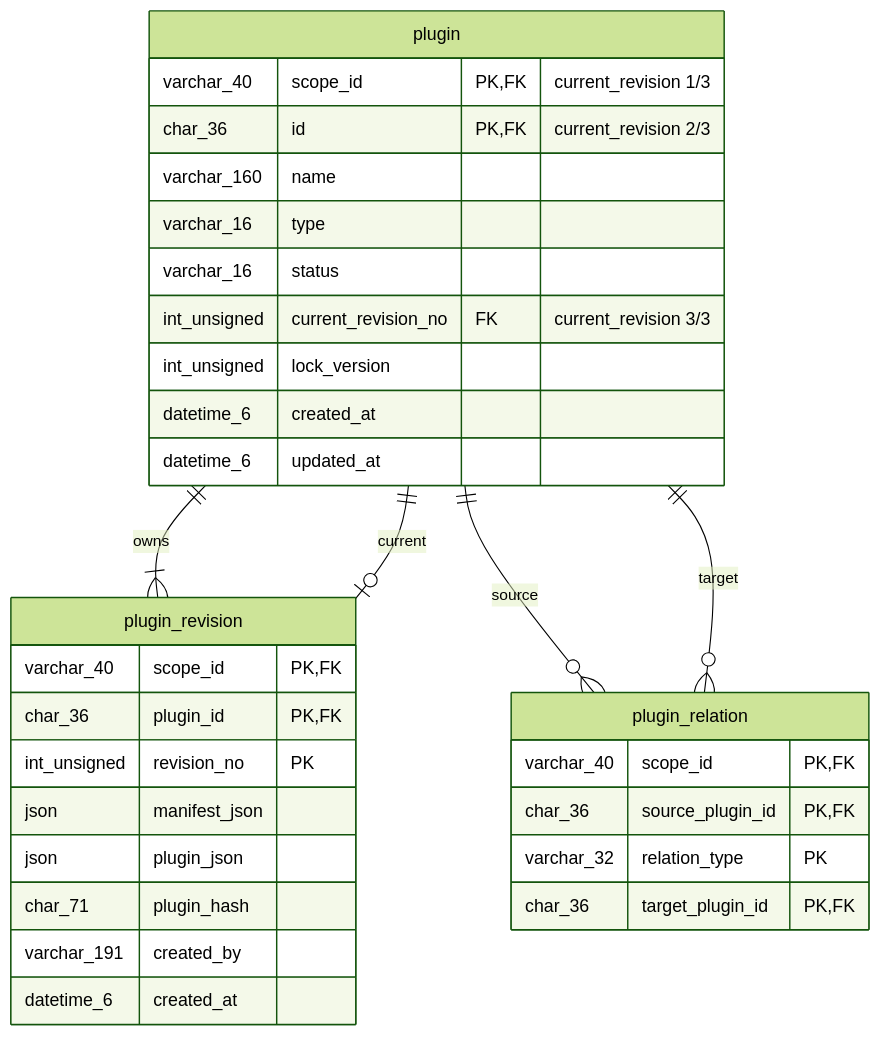
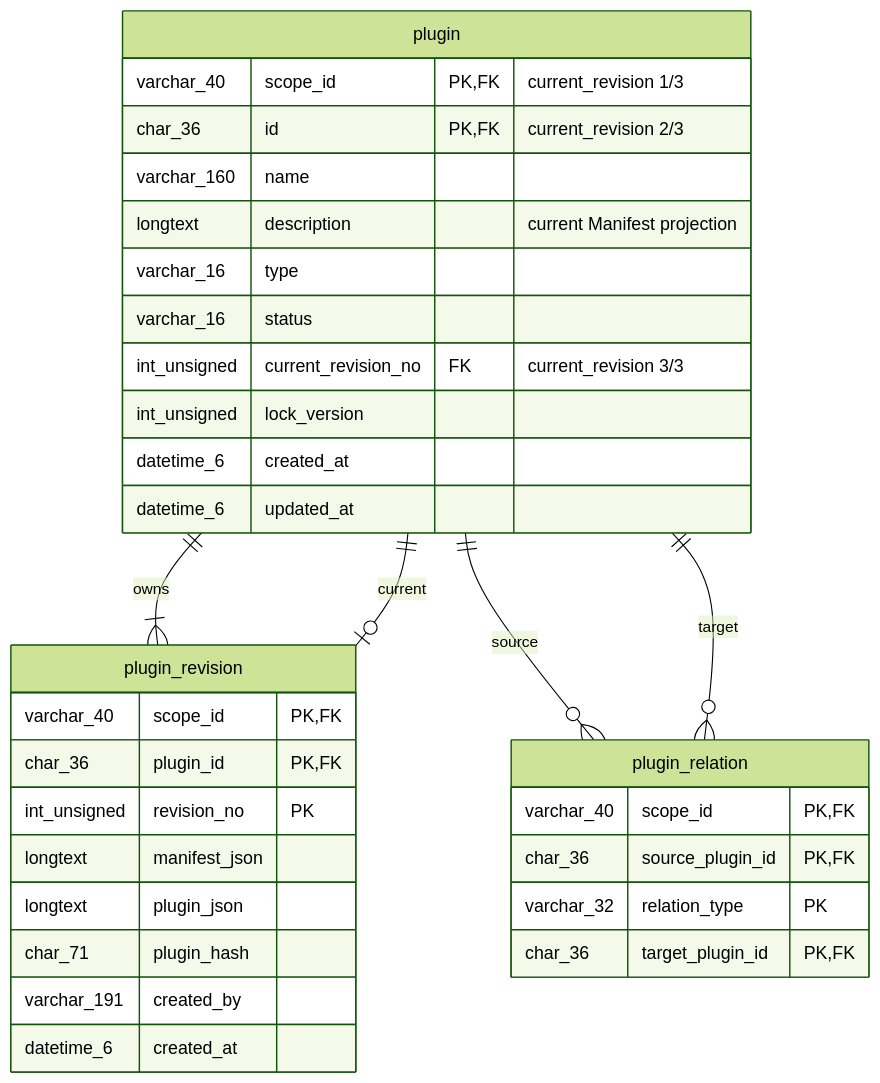
Before and after one commit to Mininglamp-OSS/octo-plugin-lib: the diagram in docs/er.md, drawn with Mermaid (forest theme). The commit also changed other lines of this file and 18 other files, not shown here.

````diff
--- a/docs/er.md
+++ b/docs/er.md
@@ -8,37 +8,38 @@
 ```mermaid
 erDiagram
     plugin ||--|{ plugin_revision : owns
     plugin ||--o| plugin_revision : current
     plugin ||--o{ plugin_relation : source
     plugin ||--o{ plugin_relation : target
 
     plugin {
         varchar_40 scope_id PK,FK "current_revision 1/3"
         char_36 id PK,FK "current_revision 2/3"
         varchar_160 name
+        longtext description "current Manifest projection"
         varchar_16 type
         varchar_16 status
         int_unsigned current_revision_no FK "current_revision 3/3"
         int_unsigned lock_version
         datetime_6 created_at
         datetime_6 updated_at
     }
 
     plugin_revision {
         varchar_40 scope_id PK,FK
         char_36 plugin_id PK,FK
         int_unsigned revision_no PK
-        json manifest_json
-        json plugin_json
+        longtext manifest_json
+        longtext plugin_json
         char_71 plugin_hash
         varchar_191 created_by
         datetime_6 created_at
     }
 
     plugin_relation {
         varchar_40 scope_id PK,FK
         char_36 source_plugin_id PK,FK
         varchar_32 relation_type PK
         char_36 target_plugin_id PK,FK
     }
 ```
````
